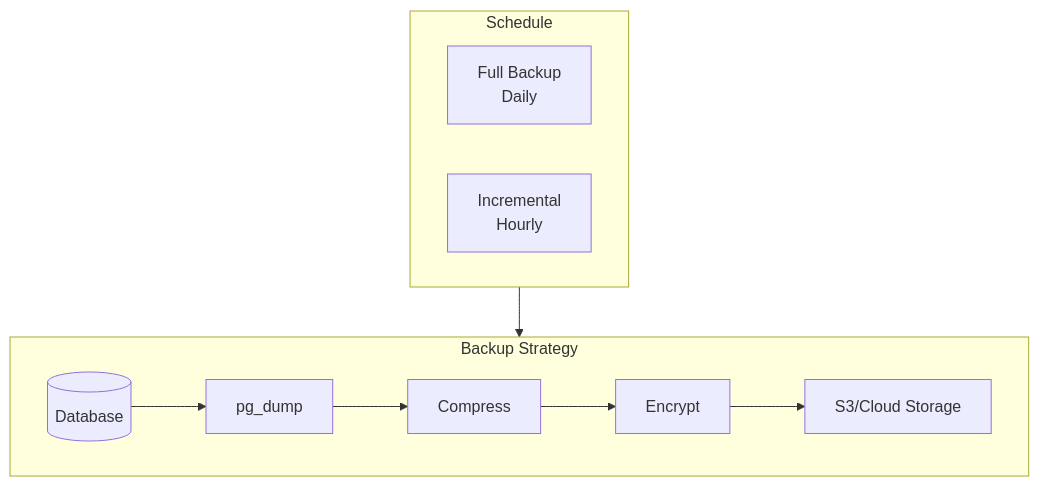
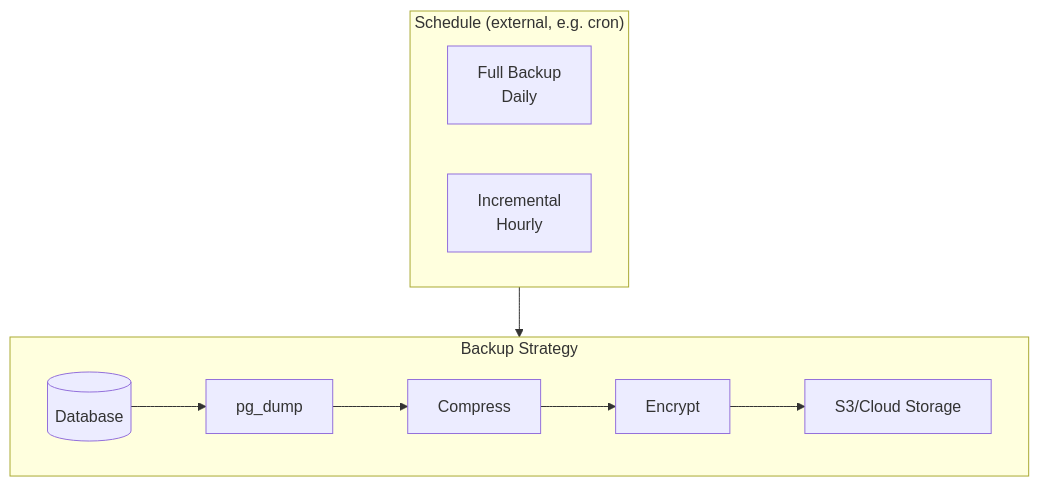
Before and after one commit to Carnaval-Team/VentIQ-seller-App: the fifth of 5 diagrams in ventiq_admin_app/docs_wapi/05-database-design.md, drawn with Mermaid. The commit also changed other lines of this file and 39 other files, not shown here.

````diff
--- a/ventiq_admin_app/docs_wapi/05-database-design.md
+++ b/ventiq_admin_app/docs_wapi/05-database-design.md
@@ -982,16 +920,16 @@
 ```mermaid
 flowchart TB
     subgraph Backup["Backup Strategy"]
         DB[(Database)] --> DUMP[pg_dump]
         DUMP --> COMPRESS[Compress]
         COMPRESS --> ENCRYPT[Encrypt]
         ENCRYPT --> S3[S3/Cloud Storage]
     end
 
-    subgraph Schedule["Schedule"]
+    subgraph Schedule["Schedule (external, e.g. cron)"]
         FULL[Full Backup<br/>Daily]
         INCR[Incremental<br/>Hourly]
     end
 
     Schedule --> Backup
 ```
````
